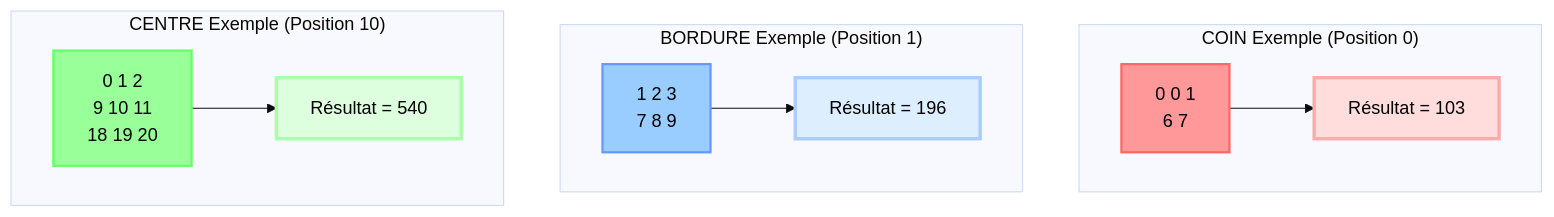
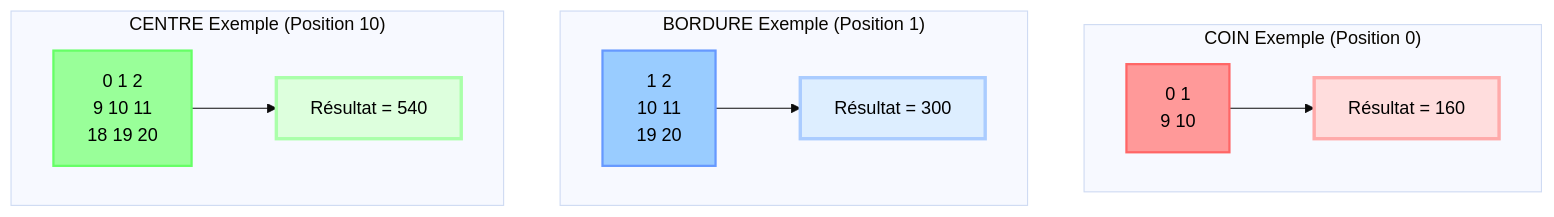
Before and after one commit to jalcim/logilib: the seventh of 14 diagrams in src/tensor/README_FR.md, drawn with Mermaid (base theme). The commit also changed other lines of this file and 1 other file, not shown here.

````diff
--- a/src/tensor/README_FR.md
+++ b/src/tensor/README_FR.md
@@ -119,31 +125,31 @@
 ```mermaid
 graph TD
     subgraph "COIN Exemple (Position 0)"
-        A1[0 0 1<br/>6 7] --> C1[Résultat = 103]
+        A1[0 1<br/>9 10] --> C1[Résultat = 160]
     end
 
     subgraph "BORDURE Exemple (Position 1)"
-        A2[1 2 3<br/>7 8 9] --> C2[Résultat = 196]
+        A2[1 2<br/>10 11<br/>19 20] --> C2[Résultat = 300]
     end
 
     subgraph "CENTRE Exemple (Position 10)"
         A3[0 1 2<br/>9 10 11<br/>18 19 20] --> C3[Résultat = 540]
     end
 
     classDef cornerData fill:#ff9999,stroke:#ff6666,stroke-width:2px,color:#000
     classDef borderData fill:#99ccff,stroke:#6699ff,stroke-width:2px,color:#000
     classDef centerData fill:#99ff99,stroke:#66ff66,stroke-width:2px,color:#000
 
     classDef cornerResult fill:#ffdddd,stroke:#ffaaaa,stroke-width:3px,color:#000
     classDef borderResult fill:#ddeeff,stroke:#aaccff,stroke-width:3px,color:#000
     classDef centerResult fill:#ddffdd,stroke:#aaffaa,stroke-width:3px,color:#000
 
     class A1 cornerData
     class A2 borderData
     class A3 centerData
 
     class C1 cornerResult
     class C2 borderResult
     class C3 centerResult
 
 ```
````
